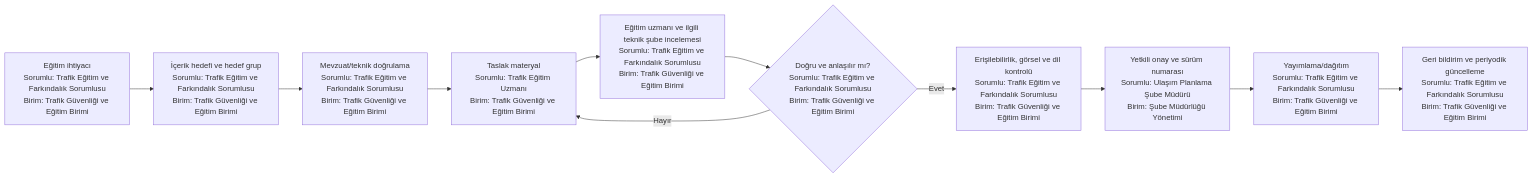
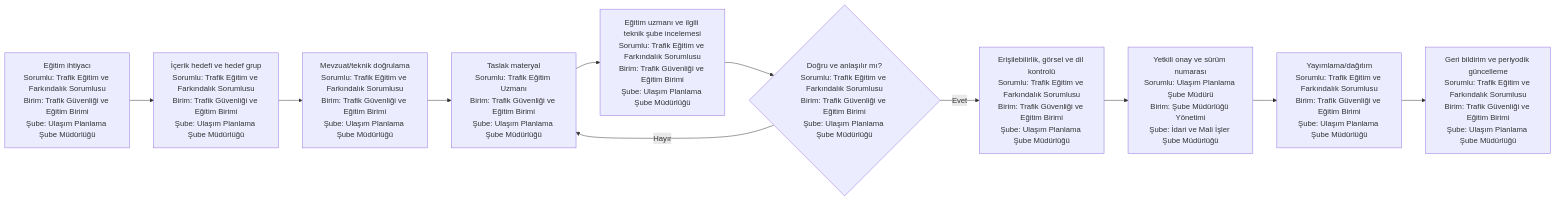
One commit to merdaergen-create/Ulasim_Dairesi_Is_Analizi changed the third of 3 diagrams in 15_yalin_surec_haritalari/trafik_egitim/README.md. Above: the diagram before and after it, drawn with Mermaid. The commit also changed other lines of this file and 20 other files, not shown here.

````diff
--- a/15_yalin_surec_haritalari/trafik_egitim/README.md
+++ b/15_yalin_surec_haritalari/trafik_egitim/README.md
@@ -71,13 +83,13 @@
 ```mermaid
 flowchart LR
-    A[Eğitim ihtiyacı<br/>Sorumlu: Trafik Eğitim ve Farkındalık Sorumlusu<br/>Birim: Trafik Güvenliği ve Eğitim Birimi] --> B[İçerik hedefi ve hedef grup<br/>Sorumlu: Trafik Eğitim ve Farkındalık Sorumlusu<br/>Birim: Trafik Güvenliği ve Eğitim Birimi]
-    B --> C[Mevzuat/teknik doğrulama<br/>Sorumlu: Trafik Eğitim ve Farkındalık Sorumlusu<br/>Birim: Trafik Güvenliği ve Eğitim Birimi]
-    C --> D[Taslak materyal<br/>Sorumlu: Trafik Eğitim Uzmanı<br/>Birim: Trafik Güvenliği ve Eğitim Birimi]
-    D --> E[Eğitim uzmanı ve ilgili teknik şube incelemesi<br/>Sorumlu: Trafik Eğitim ve Farkındalık Sorumlusu<br/>Birim: Trafik Güvenliği ve Eğitim Birimi]
-    E --> F{Doğru ve anlaşılır mı?<br/>Sorumlu: Trafik Eğitim ve Farkındalık Sorumlusu<br/>Birim: Trafik Güvenliği ve Eğitim Birimi}
+    A[Eğitim ihtiyacı<br/>Sorumlu: Trafik Eğitim ve Farkındalık Sorumlusu<br/>Birim: Trafik Güvenliği ve Eğitim Birimi<br/>Şube: Ulaşım Planlama Şube Müdürlüğü] --> B[İçerik hedefi ve hedef grup<br/>Sorumlu: Trafik Eğitim ve Farkındalık Sorumlusu<br/>Birim: Trafik Güvenliği ve Eğitim Birimi<br/>Şube: Ulaşım Planlama Şube Müdürlüğü]
+    B --> C[Mevzuat/teknik doğrulama<br/>Sorumlu: Trafik Eğitim ve Farkındalık Sorumlusu<br/>Birim: Trafik Güvenliği ve Eğitim Birimi<br/>Şube: Ulaşım Planlama Şube Müdürlüğü]
+    C --> D[Taslak materyal<br/>Sorumlu: Trafik Eğitim Uzmanı<br/>Birim: Trafik Güvenliği ve Eğitim Birimi<br/>Şube: Ulaşım Planlama Şube Müdürlüğü]
+    D --> E[Eğitim uzmanı ve ilgili teknik şube incelemesi<br/>Sorumlu: Trafik Eğitim ve Farkındalık Sorumlusu<br/>Birim: Trafik Güvenliği ve Eğitim Birimi<br/>Şube: Ulaşım Planlama Şube Müdürlüğü]
+    E --> F{Doğru ve anlaşılır mı?<br/>Sorumlu: Trafik Eğitim ve Farkındalık Sorumlusu<br/>Birim: Trafik Güvenliği ve Eğitim Birimi<br/>Şube: Ulaşım Planlama Şube Müdürlüğü}
     F -- Hayır --> D
-    F -- Evet --> G[Erişilebilirlik, görsel ve dil kontrolü<br/>Sorumlu: Trafik Eğitim ve Farkındalık Sorumlusu<br/>Birim: Trafik Güvenliği ve Eğitim Birimi]
-    G --> H[Yetkili onay ve sürüm numarası<br/>Sorumlu: Ulaşım Planlama Şube Müdürü<br/>Birim: Şube Müdürlüğü Yönetimi]
-    H --> I[Yayımlama/dağıtım<br/>Sorumlu: Trafik Eğitim ve Farkındalık Sorumlusu<br/>Birim: Trafik Güvenliği ve Eğitim Birimi]
-    I --> J[Geri bildirim ve periyodik güncelleme<br/>Sorumlu: Trafik Eğitim ve Farkındalık Sorumlusu<br/>Birim: Trafik Güvenliği ve Eğitim Birimi]
+    F -- Evet --> G[Erişilebilirlik, görsel ve dil kontrolü<br/>Sorumlu: Trafik Eğitim ve Farkındalık Sorumlusu<br/>Birim: Trafik Güvenliği ve Eğitim Birimi<br/>Şube: Ulaşım Planlama Şube Müdürlüğü]
+    G --> H[Yetkili onay ve sürüm numarası<br/>Sorumlu: Ulaşım Planlama Şube Müdürü<br/>Birim: Şube Müdürlüğü Yönetimi<br/>Şube: İdari ve Mali İşler Şube Müdürlüğü]
+    H --> I[Yayımlama/dağıtım<br/>Sorumlu: Trafik Eğitim ve Farkındalık Sorumlusu<br/>Birim: Trafik Güvenliği ve Eğitim Birimi<br/>Şube: Ulaşım Planlama Şube Müdürlüğü]
+    I --> J[Geri bildirim ve periyodik güncelleme<br/>Sorumlu: Trafik Eğitim ve Farkındalık Sorumlusu<br/>Birim: Trafik Güvenliği ve Eğitim Birimi<br/>Şube: Ulaşım Planlama Şube Müdürlüğü]
 ```
````
